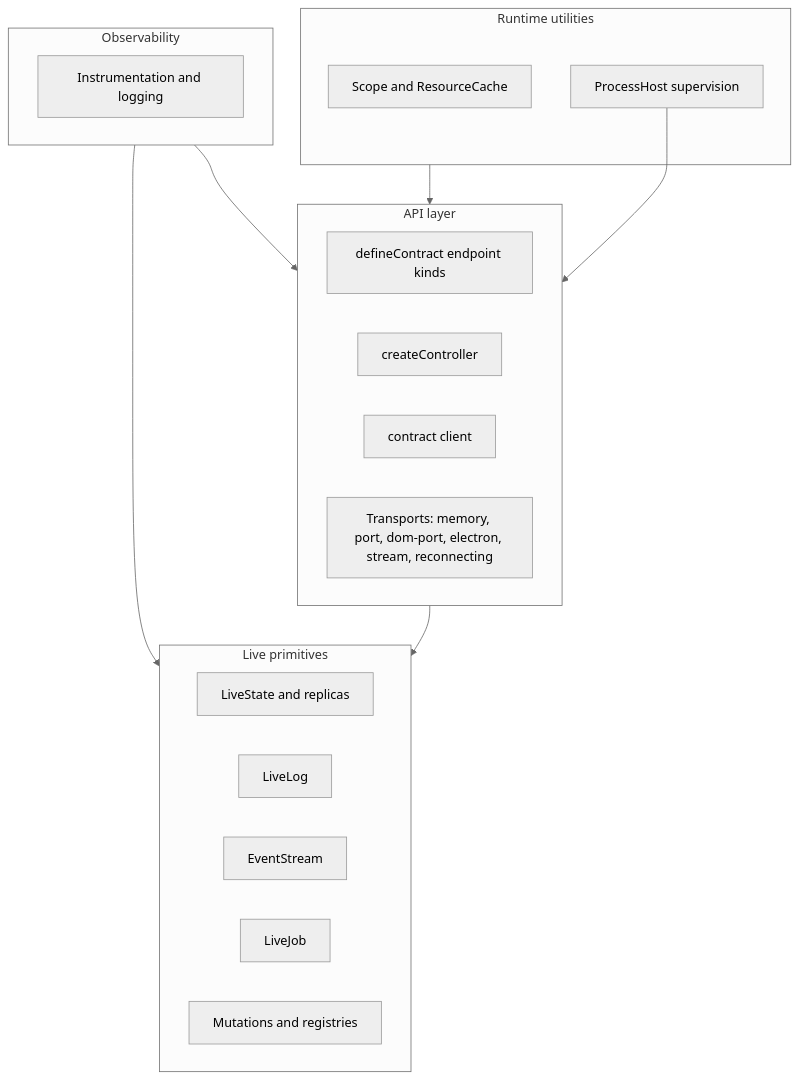
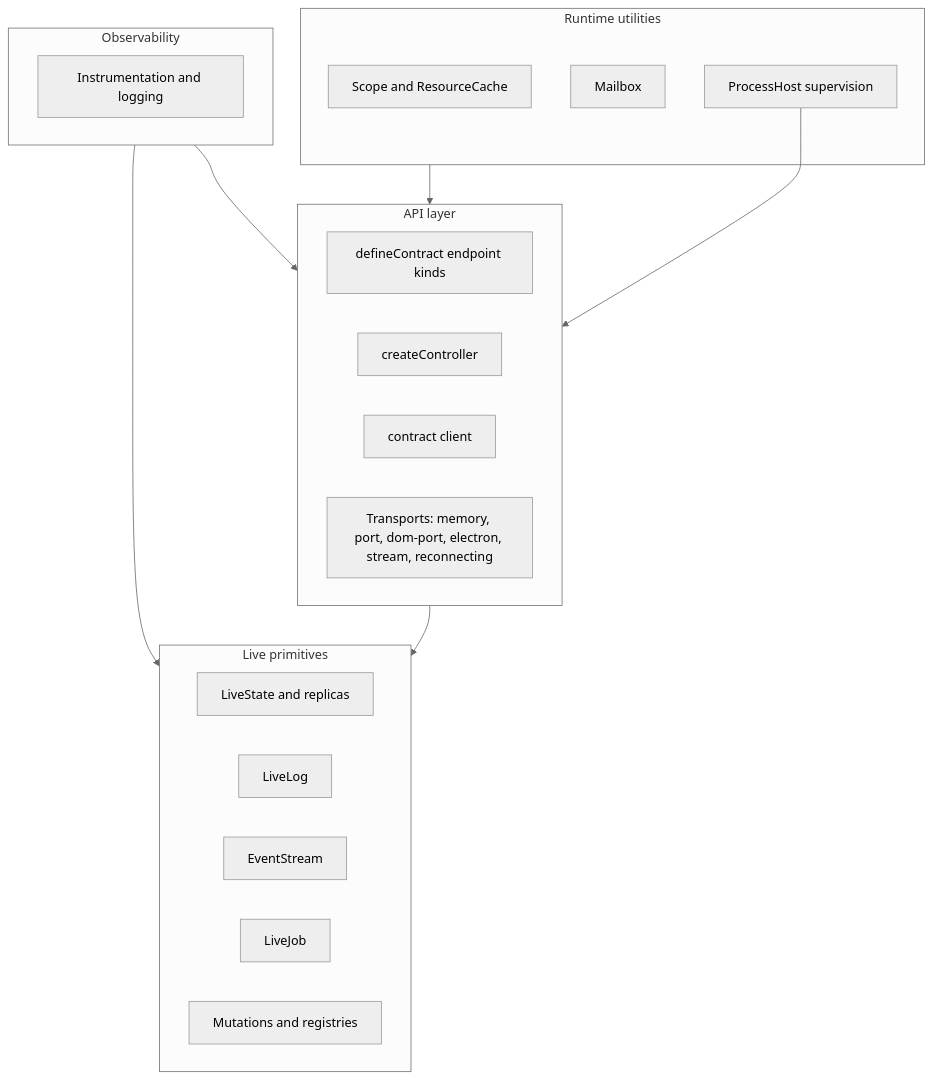
One commit to generalaction/emdash changed the diagram in packages/wire/docs/README.md. Above: the diagram before and after it, drawn with Mermaid (neutral theme). The commit also changed other lines of this file and 19 other files, not shown here.

````diff
--- a/packages/wire/docs/README.md
+++ b/packages/wire/docs/README.md
@@ -9,27 +9,28 @@
 ```mermaid
 flowchart TB
   subgraph runtime [Runtime utilities]
     scope[Scope and ResourceCache]
+    mailbox[Mailbox]
     processHost[ProcessHost supervision]
   end
   subgraph api [API layer]
     contracts[defineContract endpoint kinds]
     controller[createController]
     client[contract client]
     transports[Transports: memory, port, dom-port, electron, stream, reconnecting]
   end
   subgraph live [Live primitives]
     model[LiveState and replicas]
     log[LiveLog]
     eventStream[EventStream]
     job[LiveJob]
     mutations[Mutations and registries]
   end
   subgraph observability [Observability]
     instrumentation[Instrumentation and logging]
   end
   runtime --> api --> live
   observability --> api
   observability --> live
   processHost --> api
 ```
````
